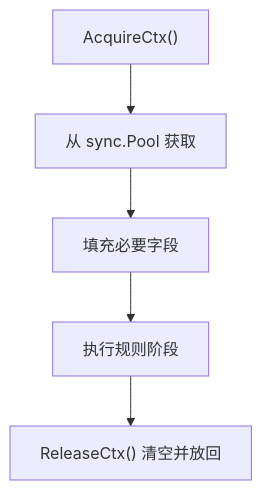
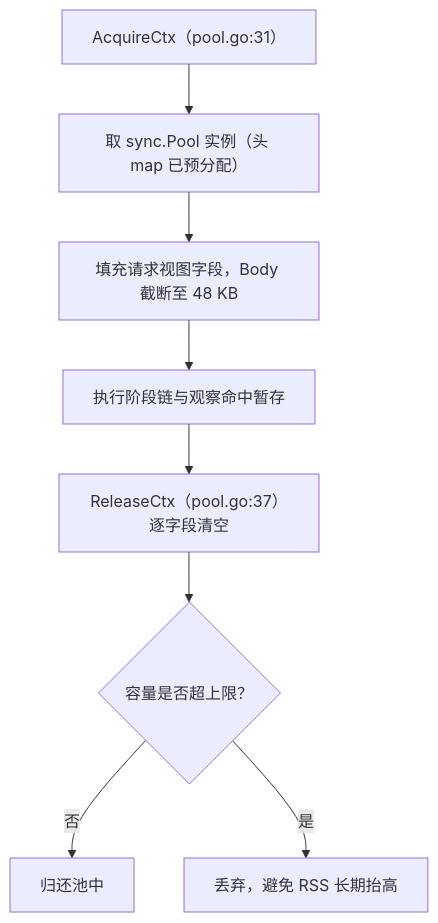
The eighth of 10 diagrams in docs/数据平面处理/请求处理流程.md (x01n/My-OpenWaf), drawn with Mermaid before and after one commit. The commit also changed other lines of this file and 622 other files, not shown here.

````diff
--- a/docs/数据平面处理/请求处理流程.md
+++ b/docs/数据平面处理/请求处理流程.md
@@ -332,7 +433,10 @@
 ```mermaid
 flowchart TD
-A["AcquireCtx()"] --> B["从 sync.Pool 获取"]
-B --> C["填充必要字段"]
-C --> D["执行规则阶段"]
-D --> E["ReleaseCtx() 清空并放回"]
+A["AcquireCtx（pool.go:31）"] --> B["取 sync.Pool 实例（头 map 已预分配）"]
+B --> C["填充请求视图字段，Body 截断至 48 KB"]
+C --> D["执行阶段链与观察命中暂存"]
+D --> E["ReleaseCtx（pool.go:37）逐字段清空"]
+E --> F{"容量是否超上限？"}
+F --> |否| G["归还池中"]
+F --> |是| H["丢弃，避免 RSS 长期抬高"]
 ```
````
